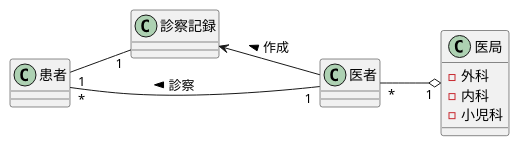
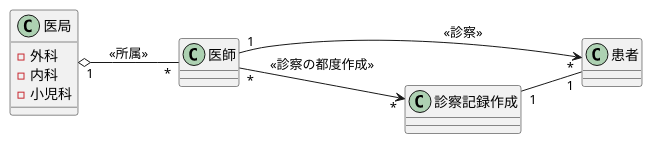
The diagram in 演習3-2_CL_医師と患者と医局と診療記録.pu (tyson0723/uml-introduction), drawn with PlantUML before and after one commit. The commit also changed 31 other files, not shown here.

```diff
--- a/演習3-2_CL_医師と患者と医局と診療記録.pu
+++ b/演習3-2_CL_医師と患者と医局と診療記録.pu
@@ -1,18 +1,21 @@
 @startuml
 left to right direction
-class 医者{
+class 医師 {
+
 }
-class 患者{
+class 患者 {
+
 }
-class 医局{
-    -外科
-    -内科
-    -小児科
+class 医局 {
+- 外科
+- 内科
+- 小児科
 }
-class 診察記録{
+class 診察記録作成 {
+
 }
-患者"*" -- "1"医者 : 診察 <
-医者"*" --o "1"医局
-患者"1" -- "1"診察記録
-医者 -up-> 診察記録 : 作成 >
-@endum
+医師 "1" --> "*" 患者: <<診察>>
+医局 "1" o-- "*" 医師:<<所属>>
+医師 "*" --> "*" 診察記録作成: <<診察の都度作成>>
+診察記録作成 "1" -- "1" 患者
+@enduml
```
